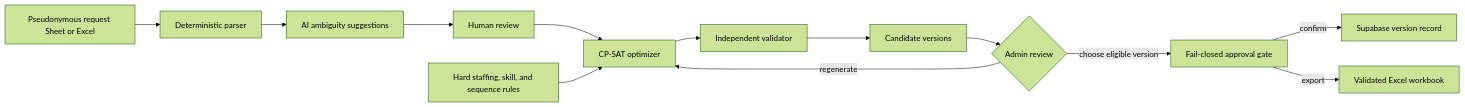
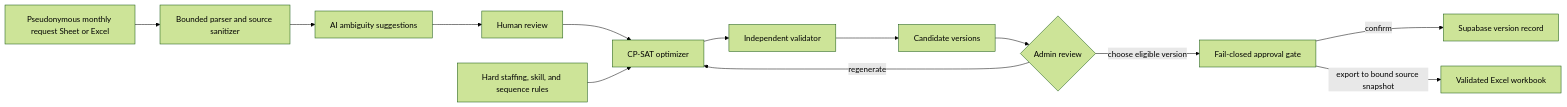
One commit to SuphakornP/nurseflow-ai-scheduler changed the first of 2 diagrams in docs/architecture.md. Above: the diagram before and after it, drawn with Mermaid (forest theme). The commit also changed other lines of this file and 55 other files, not shown here.

````diff
--- a/docs/architecture.md
+++ b/docs/architecture.md
@@ -7,15 +7,15 @@
 ```mermaid
 flowchart LR
-    A[Pseudonymous request Sheet or Excel] --> B[Deterministic parser]
+    A[Pseudonymous monthly request Sheet or Excel] --> B[Bounded parser and source sanitizer]
     B --> C[AI ambiguity suggestions]
     C --> D[Human review]
     D --> E[CP-SAT optimizer]
     R[Hard staffing, skill, and sequence rules] --> E
     E --> F[Independent validator]
     F --> G[Candidate versions]
     G --> H{Admin review}
     H -->|regenerate| E
     H -->|choose eligible version| I[Fail-closed approval gate]
     I -->|confirm| S[Supabase version record]
-    I -->|export| J[Validated Excel workbook]
+    I -->|export to bound source snapshot| J[Validated Excel workbook]
 ```
````
